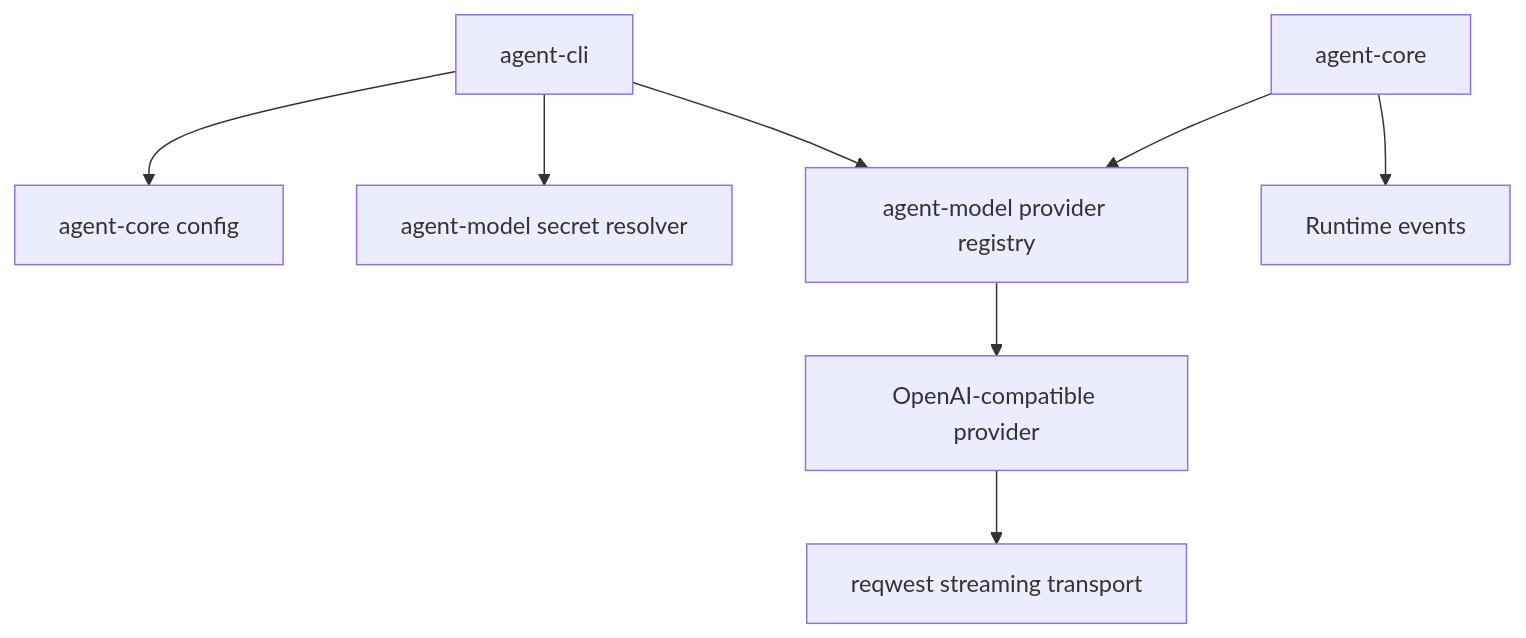
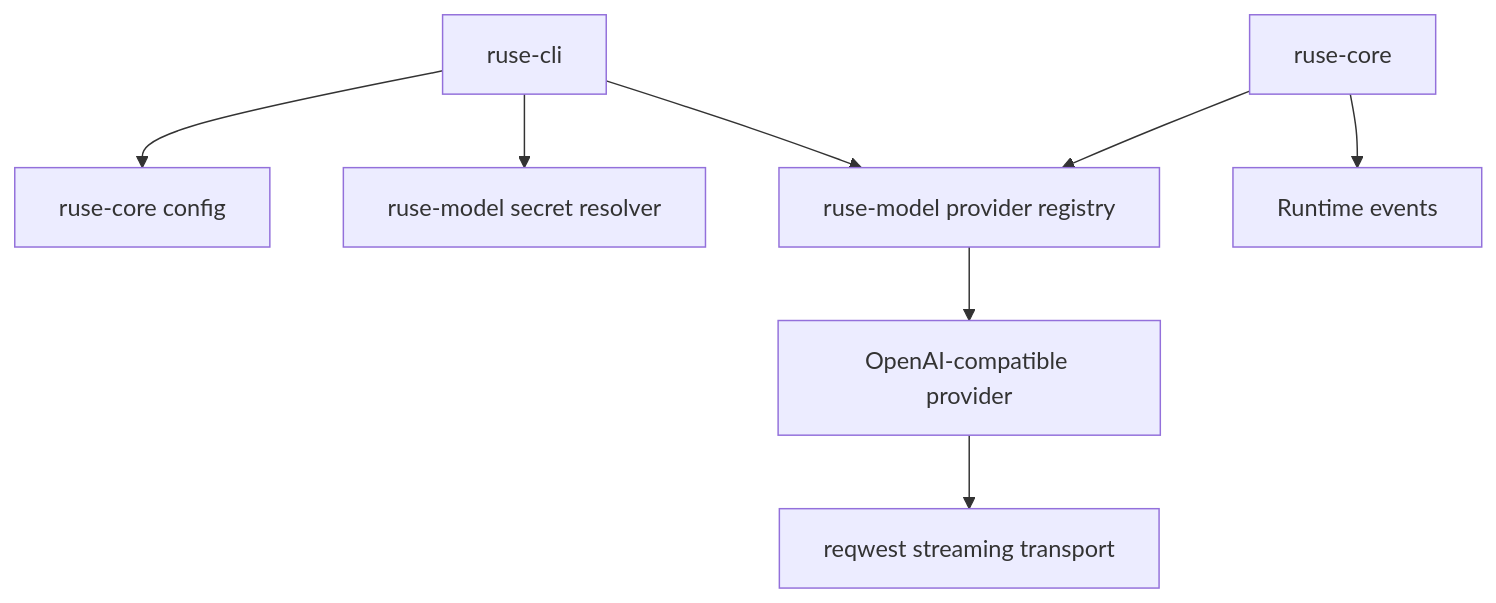
One commit to poneding/agent changed the diagram in docs/specs/M17-live-model-runtime-streaming.spec.md. Above: the diagram before and after it, drawn with Mermaid. The commit also changed other lines of this file and 2091 other files, not shown here.

First line of the commit message:
refactor: rename agent branding to ruse

````diff
--- a/docs/specs/M17-live-model-runtime-streaming.spec.md
+++ b/docs/specs/M17-live-model-runtime-streaming.spec.md
@@ -34,10 +34,10 @@
 ```mermaid
 flowchart TD
-  CLI["agent-cli"] --> Config["agent-core config"]
-  CLI --> Secrets["agent-model secret resolver"]
-  CLI --> Registry["agent-model provider registry"]
+  CLI["ruse-cli"] --> Config["ruse-core config"]
+  CLI --> Secrets["ruse-model secret resolver"]
+  CLI --> Registry["ruse-model provider registry"]
   Registry --> Provider["OpenAI-compatible provider"]
   Provider --> Transport["reqwest streaming transport"]
-  Core["agent-core"] --> Registry
+  Core["ruse-core"] --> Registry
   Core --> Events["Runtime events"]
 ```
````
